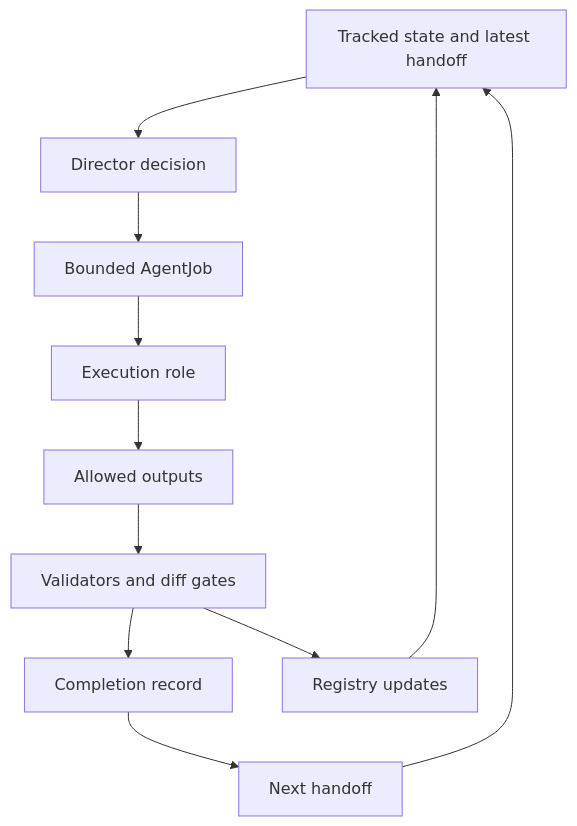
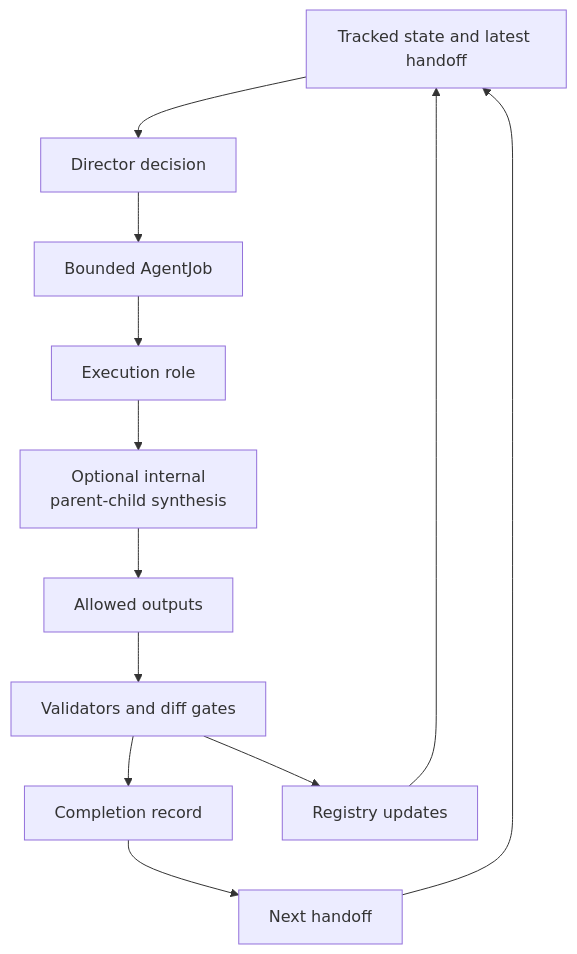
One commit to AngryOwlAI/The-AEther-Flow changed the first of 2 diagrams in github-facing/research-agent-workflow-explainer.md. Above: the diagram before and after it, drawn with Mermaid. The commit also changed other lines of this file and 7 other files, not shown here.

Commit message:
Project system: parent-child research roles

````diff
--- a/github-facing/research-agent-workflow-explainer.md
+++ b/github-facing/research-agent-workflow-explainer.md
@@ -40,13 +40,14 @@
 ```mermaid
 flowchart TD
   State["Tracked state and latest handoff"] --> Director["Director decision"]
   Director --> Job["Bounded AgentJob"]
   Job --> Role["Execution role"]
-  Role --> Outputs["Allowed outputs"]
+  Role --> Decomposition["Optional internal<br/>parent-child synthesis"]
+  Decomposition --> Outputs["Allowed outputs"]
   Outputs --> Validators["Validators and diff gates"]
   Validators --> Completion["Completion record"]
   Completion --> Handoff["Next handoff"]
   Handoff --> State
   Validators --> Registry["Registry updates"]
   Registry --> State
 ```
````
